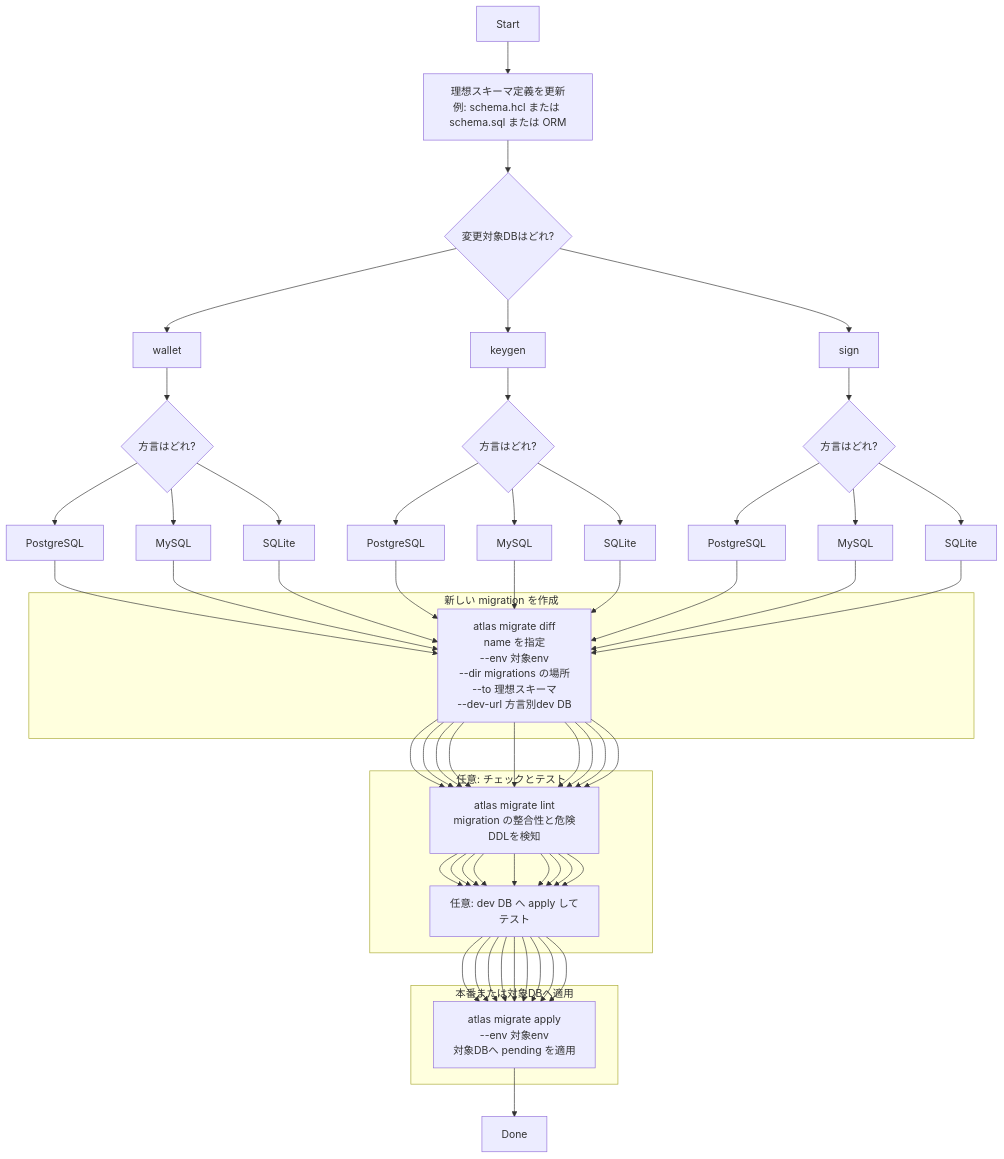
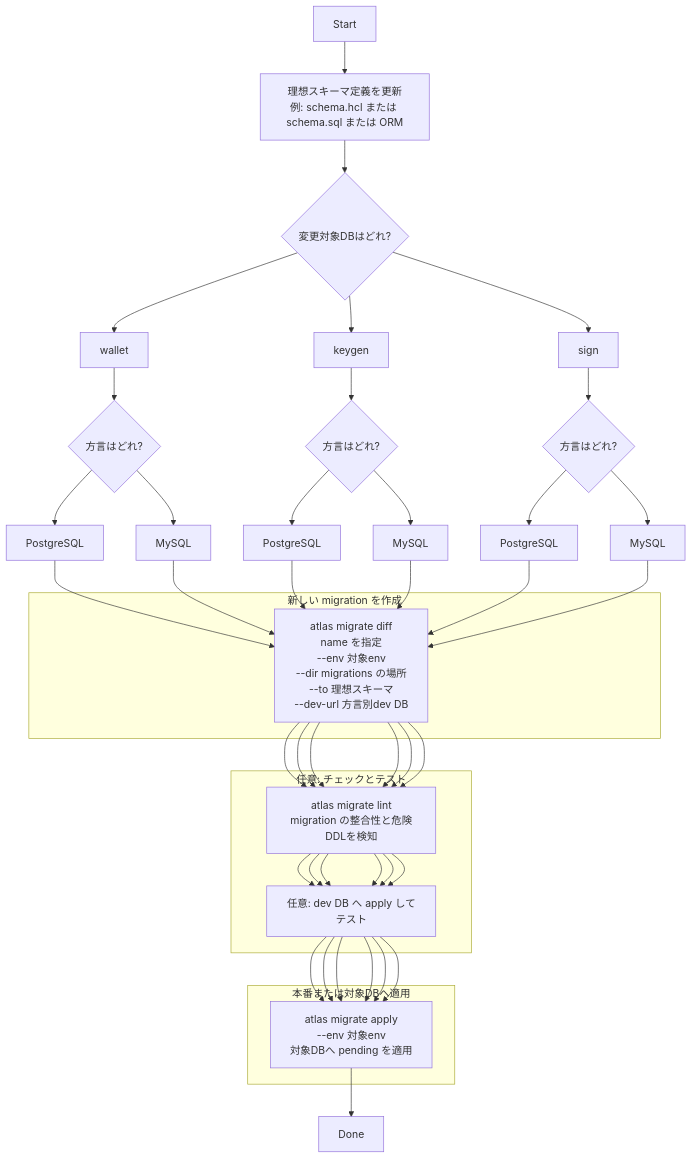
One commit to hiromaily/go-crypto-wallet changed the second of 2 diagrams in docs/database/atlas-migration-flow.md. Above: the diagram before and after it, drawn with Mermaid. The commit also changed other lines of this file and 89 other files, not shown here.

````diff
--- a/docs/database/atlas-migration-flow.md
+++ b/docs/database/atlas-migration-flow.md
@@ -70,54 +66,48 @@
 ```mermaid
 flowchart TD
   A[Start] --> B[理想スキーマ定義を更新\n例: schema.hcl または schema.sql または ORM]
   B --> C{変更対象DBはどれ?}
 
   C --> W[wallet]
   C --> K[keygen]
   C --> S[sign]
 
   %% wallet dialect
   W --> Wd{方言はどれ?}
   Wd --> Wpg[PostgreSQL]
   Wd --> Wmy[MySQL]
-  Wd --> Wsq[SQLite]
 
   %% keygen dialect
   K --> Kd{方言はどれ?}
   Kd --> Kpg[PostgreSQL]
   Kd --> Kmy[MySQL]
-  Kd --> Ksq[SQLite]
 
   %% sign dialect
   S --> Sd{方言はどれ?}
   Sd --> Spg[PostgreSQL]
   Sd --> Smy[MySQL]
-  Sd --> Ssq[SQLite]
 
   subgraph M[新しい migration を作成]
     M1[atlas migrate diff\nname を指定\n--env 対象env\n--dir migrations の場所\n--to 理想スキーマ\n--dev-url 方言別dev DB]
   end
 
   subgraph Q[任意: チェックとテスト]
     L1[atlas migrate lint\nmigration の整合性と危険DDLを検知]
     T1[任意: dev DB へ apply してテスト]
   end
 
   subgraph AP[本番または対象DBへ適用]
     A1[atlas migrate apply\n--env 対象env\n対象DBへ pending を適用]
   end
 
   Wpg --> M1 --> L1 --> T1 --> A1
   Wmy --> M1 --> L1 --> T1 --> A1
-  Wsq --> M1 --> L1 --> T1 --> A1
 
   Kpg --> M1 --> L1 --> T1 --> A1
   Kmy --> M1 --> L1 --> T1 --> A1
-  Ksq --> M1 --> L1 --> T1 --> A1
 
   Spg --> M1 --> L1 --> T1 --> A1
   Smy --> M1 --> L1 --> T1 --> A1
-  Ssq --> M1 --> L1 --> T1 --> A1
 
   A1 --> Z[Done]
 ```
````
